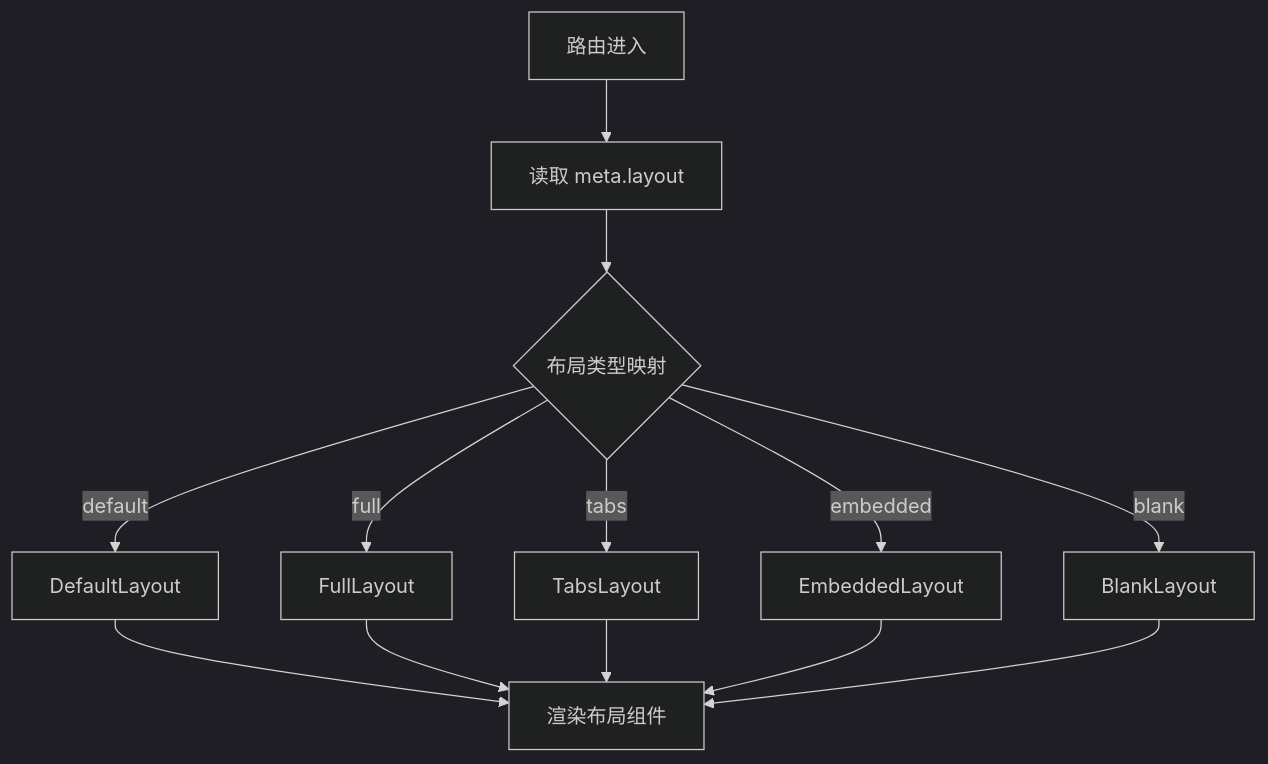
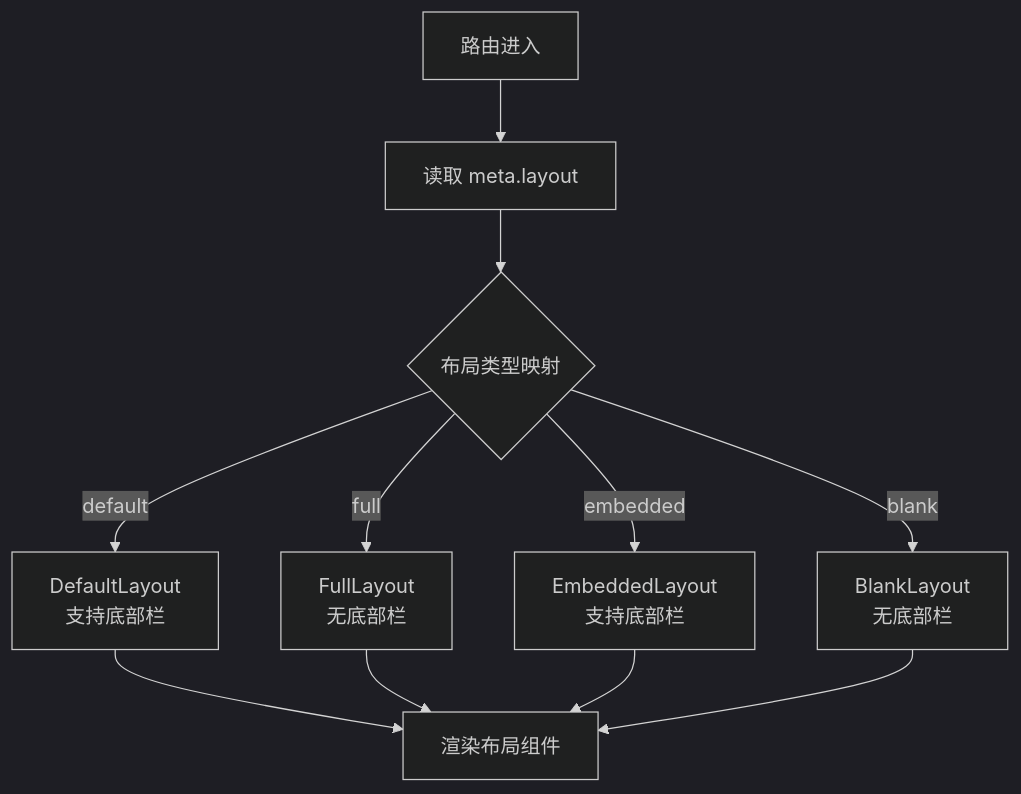
One commit to my-Sitara/artisan-base-frontend changed the sixth of 7 diagrams in .qoder/repowiki/zh/content/核心组件/布局管理器.md. Above: the diagram before and after it, drawn with Mermaid (dark theme). The commit also changed other lines of this file and 25 other files, not shown here.

````diff
--- a/.qoder/repowiki/zh/content/核心组件/布局管理器.md
+++ b/.qoder/repowiki/zh/content/核心组件/布局管理器.md
@@ -268,15 +279,13 @@
 ```mermaid
 flowchart TD
 RouteEnter["路由进入"] --> Meta["读取 meta.layout"]
 Meta --> Map{"布局类型映射"}
-Map --> |default| Def["DefaultLayout"]
-Map --> |full| Full["FullLayout"]
-Map --> |tabs| Tabs["TabsLayout"]
-Map --> |embedded| Emb["EmbeddedLayout"]
-Map --> |blank| Blk["BlankLayout"]
+Map --> |default| Def["DefaultLayout<br/>支持底部栏"]
+Map --> |full| Full["FullLayout<br/>无底部栏"]
+Map --> |embedded| Emb["EmbeddedLayout<br/>支持底部栏"]
+Map --> |blank| Blk["BlankLayout<br/>无底部栏"]
 Def --> Render["渲染布局组件"]
 Full --> Render
-Tabs --> Render
 Emb --> Render
 Blk --> Render
 ```
````
